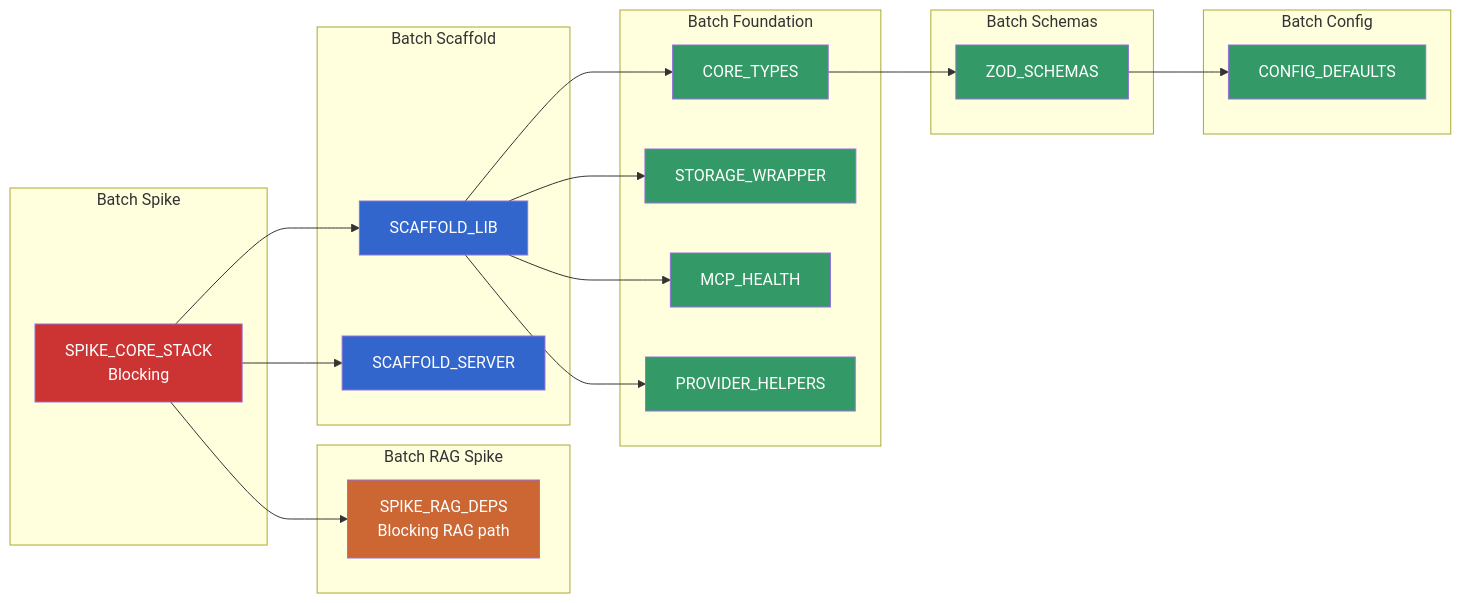
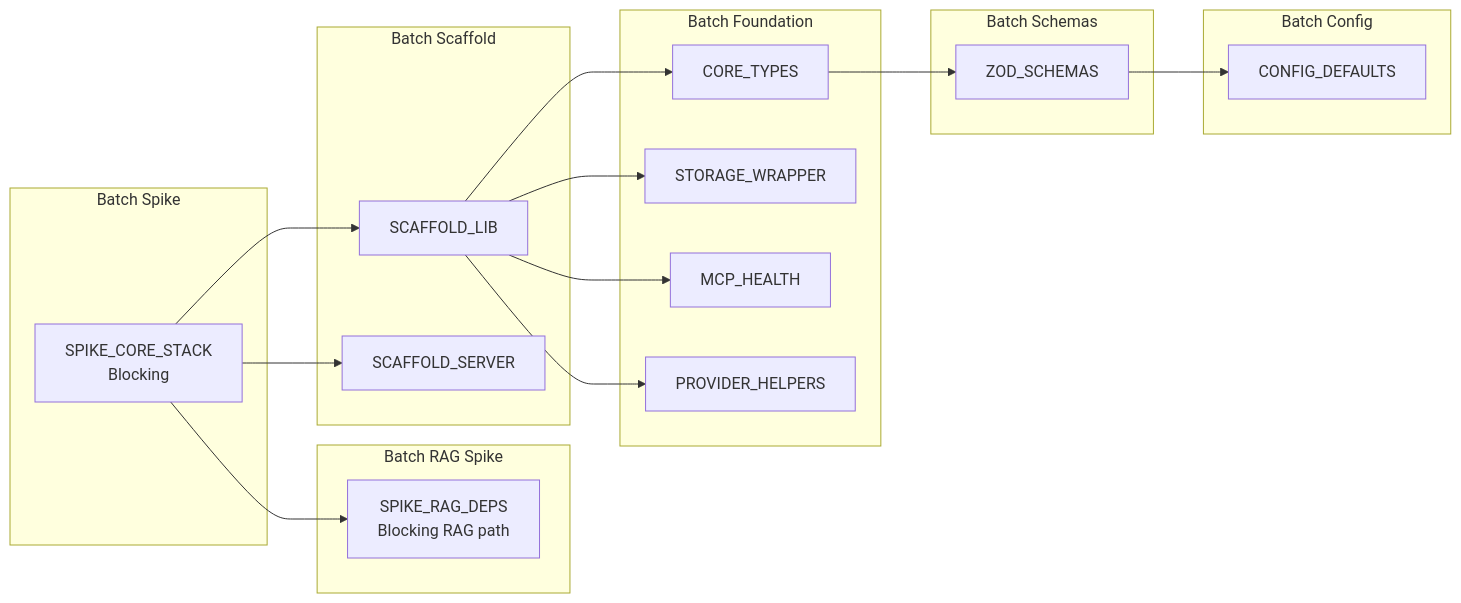
The second of 12 diagrams in plan/foundation.md (1qh/safeagent), drawn with Mermaid before and after one commit. The commit also changed other lines of this file and 43 other files, not shown here.

Commit message:
Phase 3 compression: strip non-semantic separators and Mermaid style metadata

````diff
--- a/plan/foundation.md
+++ b/plan/foundation.md
@@ -90,53 +82,43 @@
 ```mermaid
 flowchart LR
     subgraph BATCH_SPIKE["Batch Spike"]
         SPIKE_CORE["SPIKE_CORE_STACK\nBlocking"]
     end
 
     subgraph BATCH_RAG["Batch RAG Spike"]
         SPIKE_RAG["SPIKE_RAG_DEPS\nBlocking RAG path"]
     end
 
     subgraph BATCH_SCAFFOLD["Batch Scaffold"]
         SCAFFOLD_LIB["SCAFFOLD_LIB"]
         SCAFFOLD_SERVER["SCAFFOLD_SERVER"]
     end
 
     subgraph BATCH_FOUNDATION["Batch Foundation"]
         TASK_TYPES["CORE_TYPES"]
         TASK_STORAGE["STORAGE_WRAPPER"]
         TASK_MCP["MCP_HEALTH"]
         TASK_PROVIDER["PROVIDER_HELPERS"]
     end
 
     subgraph BATCH_SCHEMAS["Batch Schemas"]
         TASK_SCHEMAS["ZOD_SCHEMAS"]
     end
 
     subgraph BATCH_CONFIG["Batch Config"]
         TASK_CONFIG["CONFIG_DEFAULTS"]
     end
 
     SPIKE_CORE --> SPIKE_RAG
     SPIKE_CORE --> SCAFFOLD_LIB
     SPIKE_CORE --> SCAFFOLD_SERVER
 
     SCAFFOLD_LIB --> TASK_TYPES
     SCAFFOLD_LIB --> TASK_STORAGE
     SCAFFOLD_LIB --> TASK_MCP
     SCAFFOLD_LIB --> TASK_PROVIDER
 
     TASK_TYPES --> TASK_SCHEMAS
     TASK_SCHEMAS --> TASK_CONFIG
 
-    style SPIKE_CORE fill:#cc3333,color:#fff
-    style SPIKE_RAG fill:#cc6633,color:#fff
-    style SCAFFOLD_LIB fill:#3366cc,color:#fff
-    style SCAFFOLD_SERVER fill:#3366cc,color:#fff
-    style TASK_TYPES fill:#339966,color:#fff
-    style TASK_SCHEMAS fill:#339966,color:#fff
-    style TASK_CONFIG fill:#339966,color:#fff
-    style TASK_STORAGE fill:#339966,color:#fff
-    style TASK_MCP fill:#339966,color:#fff
-    style TASK_PROVIDER fill:#339966,color:#fff
 ```
````
